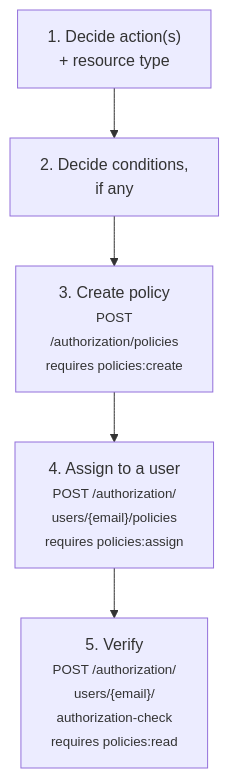
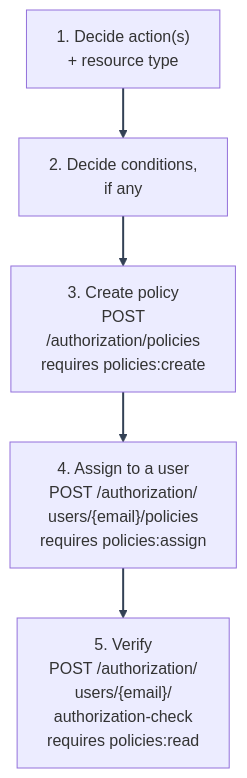
One commit to Nachiket-2024/mystic-auth changed the diagram in docs/mystic_auth/authorization/writing-testing-policies.md. Above: the diagram before and after it, drawn with Mermaid. The commit also changed other lines of this file and 630 other files, not shown here.

````diff
--- a/docs/mystic_auth/authorization/writing-testing-policies.md
+++ b/docs/mystic_auth/authorization/writing-testing-policies.md
@@ -5,7 +6,9 @@
 ```mermaid
+%%{init: {"themeVariables": {"lineColor": "#334155"}} }%%
 flowchart TD
-    A["1. Decide action(s)<br/>+ resource type"] --> B["2. Decide conditions,<br/>if any"]
-    B --> C["3. Create policy<br/><small>POST<br/>/authorization/policies<br/>requires policies:create</small>"]
-    C --> D["4. Assign to a user<br/><small>POST /authorization/<br/>users/{email}/policies<br/>requires policies:assign</small>"]
-    D --> E["5. Verify<br/><small>POST /authorization/<br/>users/{email}/<br/>authorization-check<br/>requires policies:read</small>"]
+    A["1. Decide action(s)<br/> + resource type"] --> B["2. Decide conditions,<br/> if any"]
+    B --> C["3. Create policy<br/> POST<br/> /authorization/policies<br/> requires policies:create"]
+    C --> D["4. Assign to a user<br/> POST /authorization/<br/> users/{email}/policies<br/> requires policies:assign"]
+    D --> E["5. Verify<br/> POST /authorization/<br/> users/{email}/<br/> authorization-check<br/> requires policies:read"]
+    linkStyle default stroke:#334155,stroke-width:2px
 ```
````
